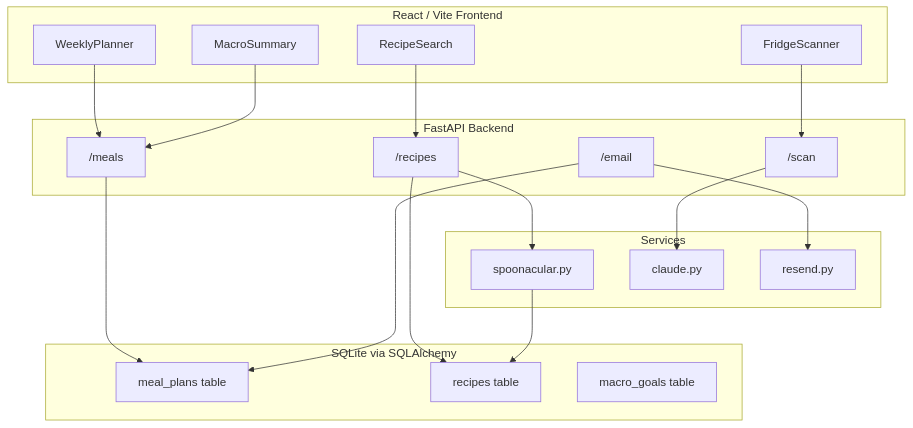
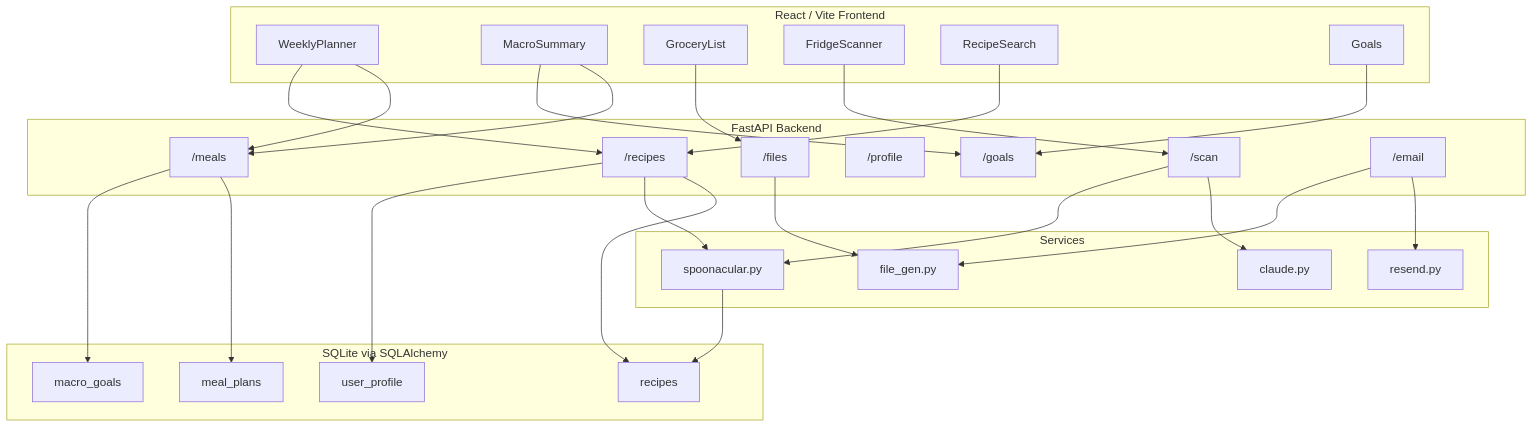
One commit to gabegaines24/meal-prep changed the diagram in PLAN.md. Above: the diagram before and after it, drawn with Mermaid. The commit also changed other lines of this file and 21 other files, not shown here.

````diff
--- a/PLAN.md
+++ b/PLAN.md
@@ -45,41 +52,56 @@
 ```mermaid
 flowchart TD
     subgraph frontend [React / Vite Frontend]
         WeeklyPlanner[WeeklyPlanner]
         MacroSummary[MacroSummary]
+        GroceryList[GroceryList]
         FridgeScanner[FridgeScanner]
         RecipeSearch[RecipeSearch]
+        GoalsPage[Goals]
     end
 
     subgraph backend [FastAPI Backend]
         meals_route["/meals"]
         recipes_route["/recipes"]
+        goals_route["/goals"]
+        profile_route["/profile"]
         scan_route["/scan"]
+        files_route["/files"]
         email_route["/email"]
     end
 
     subgraph services [Services]
         spoonacular[spoonacular.py]
         claude[claude.py]
         resend_svc[resend.py]
+        file_gen[file_gen.py]
     end
 
     subgraph db [SQLite via SQLAlchemy]
-        MealPlan[meal_plans table]
-        Recipe[recipes table]
-        MacroGoals[macro_goals table]
+        MealPlan[meal_plans]
+        Recipe[recipes]
+        MacroGoals[macro_goals]
+        UserProfile[user_profile]
     end
 
     WeeklyPlanner --> meals_route
+    WeeklyPlanner --> recipes_route
+    MacroSummary --> meals_route
+    MacroSummary --> goals_route
+    GroceryList --> files_route
     RecipeSearch --> recipes_route
     FridgeScanner --> scan_route
-    MacroSummary --> meals_route
+    GoalsPage --> goals_route
 
     meals_route --> MealPlan
+    meals_route --> MacroGoals
     recipes_route --> Recipe
     recipes_route --> spoonacular
+    recipes_route --> UserProfile
     scan_route --> claude
+    scan_route --> spoonacular
+    files_route --> file_gen
     email_route --> resend_svc
-    email_route --> MealPlan
+    email_route --> file_gen
     spoonacular --> Recipe
 ```
````
